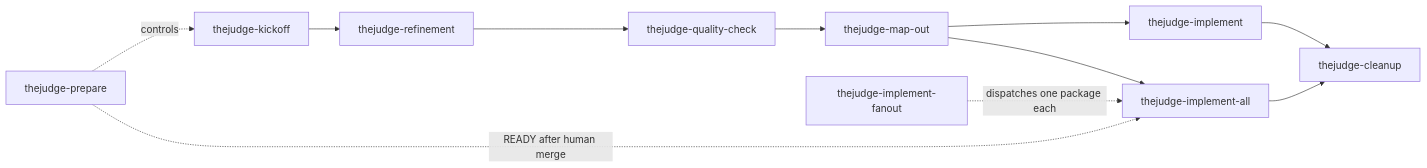
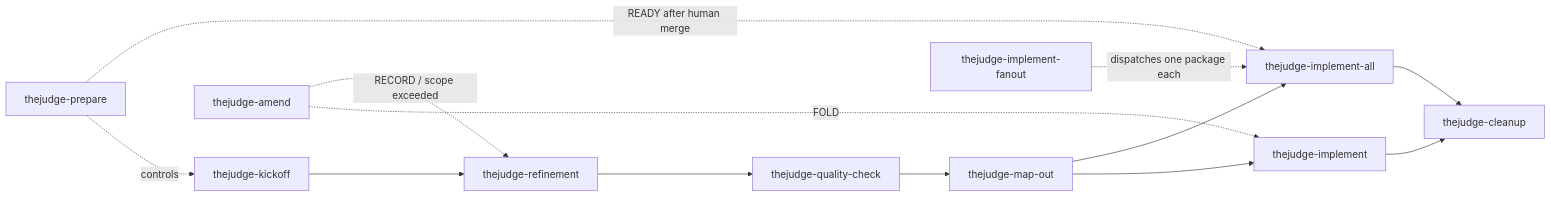
The diagram in AGENT-SKILLS.md (ChrisMiho/TheJudge), drawn with Mermaid before and after one commit. The commit also changed other lines of this file and 4 other files, not shown here.

````diff
--- a/AGENT-SKILLS.md
+++ b/AGENT-SKILLS.md
@@ -36,13 +36,15 @@
 ```mermaid
 flowchart LR
   prepare[thejudge-prepare] -. controls .-> kickoff
   prepare -. READY after human merge .-> implementall
   kickoff[thejudge-kickoff] --> refinement[thejudge-refinement]
   refinement --> qc[thejudge-quality-check]
   qc --> mapout[thejudge-map-out]
   mapout --> implement[thejudge-implement]
   mapout --> implementall[thejudge-implement-all]
   implement --> cleanup[thejudge-cleanup]
   implementall --> cleanup
   fanout[thejudge-implement-fanout] -. dispatches one package each .-> implementall
+  amend[thejudge-amend] -. FOLD .-> implement
+  amend -. RECORD / scope exceeded .-> refinement
 ```
````
